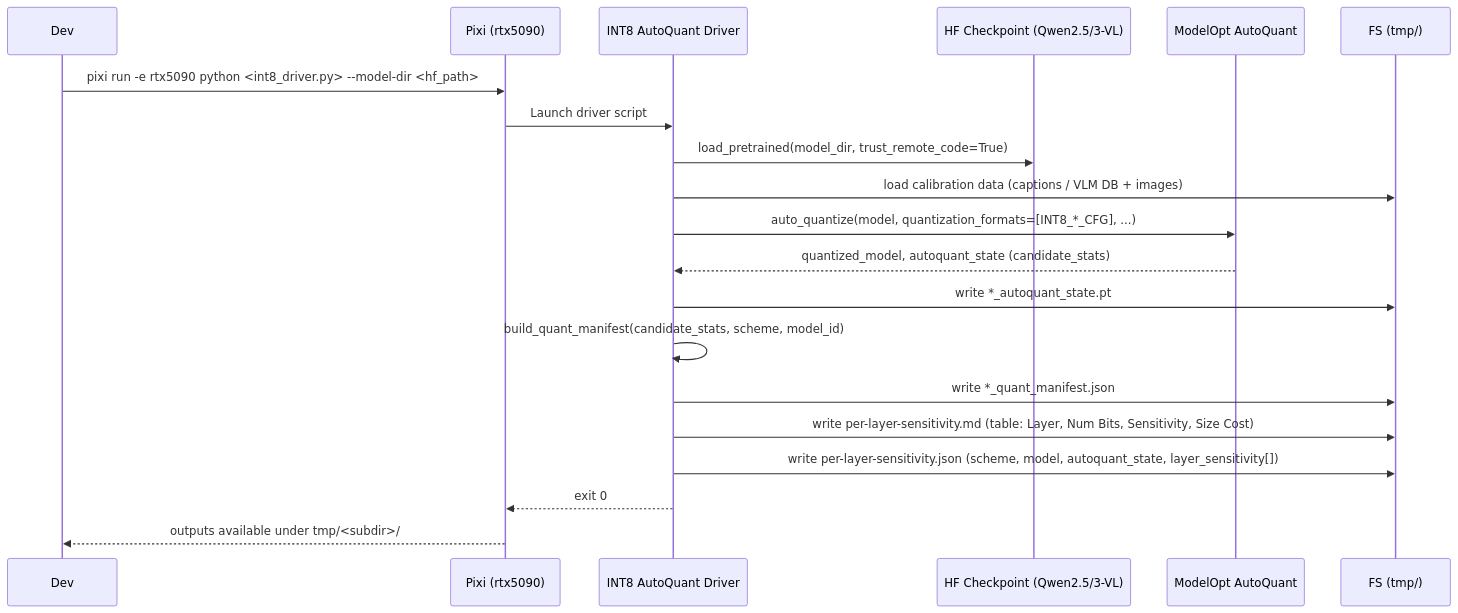
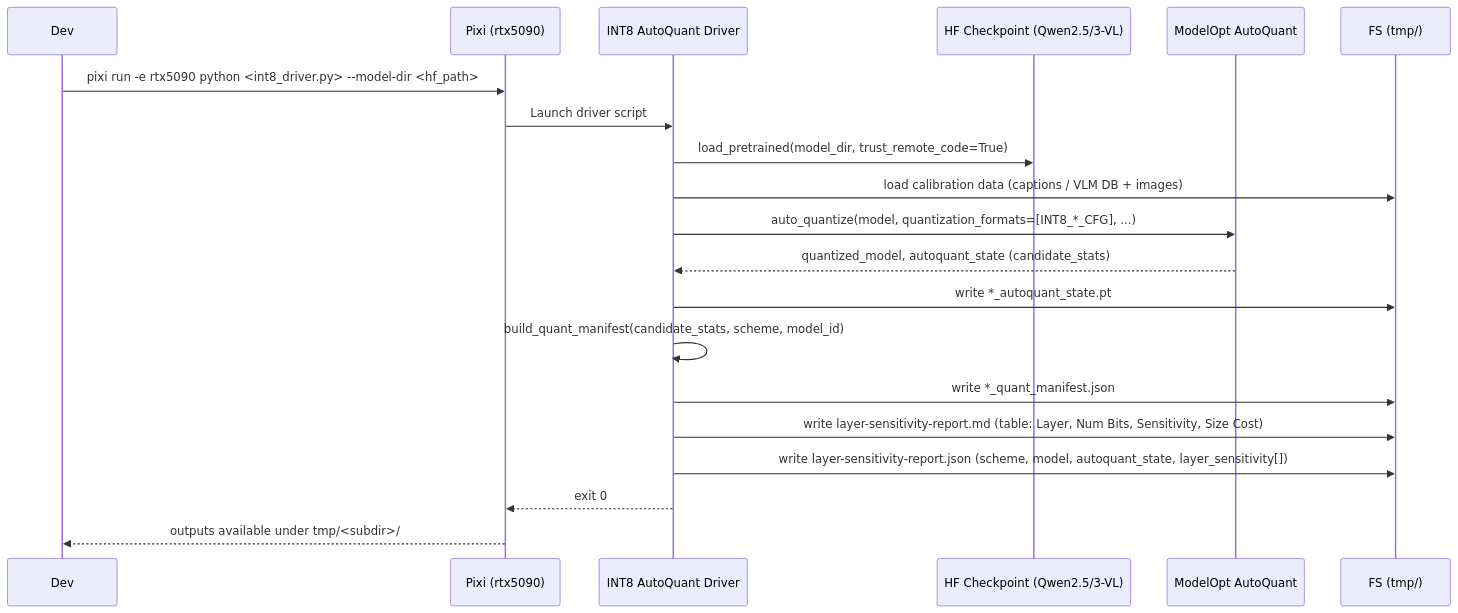
Before and after one commit to CodeGandee/auto-quantize-model: the diagram in context/plans/plan-int8-per-layer-sensitivity-qwen-vl.md, drawn with Mermaid. The commit also changed other lines of this file and 32 other files, not shown here.

````diff
--- a/context/plans/plan-int8-per-layer-sensitivity-qwen-vl.md
+++ b/context/plans/plan-int8-per-layer-sensitivity-qwen-vl.md
@@ -71,23 +71,23 @@
 ```mermaid
 sequenceDiagram
     participant Dev as Dev
     participant Pixi as Pixi (rtx5090)
     participant Driver as INT8 AutoQuant Driver
     participant HF as HF Checkpoint (Qwen2.5/3-VL)
     participant ModelOpt as ModelOpt AutoQuant
     participant FS as FS (tmp/)
 
     Dev->>Pixi: pixi run -e rtx5090 python <int8_driver.py> --model-dir <hf_path>
     Pixi->>Driver: Launch driver script
     Driver->>HF: load_pretrained(model_dir, trust_remote_code=True)
     Driver->>FS: load calibration data (captions / VLM DB + images)
     Driver->>ModelOpt: auto_quantize(model, quantization_formats=[INT8_*_CFG], ...)
     ModelOpt-->>Driver: quantized_model, autoquant_state (candidate_stats)
     Driver->>FS: write *_autoquant_state.pt
     Driver->>Driver: build_quant_manifest(candidate_stats, scheme, model_id)
     Driver->>FS: write *_quant_manifest.json
-    Driver->>FS: write per-layer-sensitivity.md (table: Layer, Num Bits, Sensitivity, Size Cost)
-    Driver->>FS: write per-layer-sensitivity.json (scheme, model, autoquant_state, layer_sensitivity[])
+    Driver->>FS: write layer-sensitivity-report.md (table: Layer, Num Bits, Sensitivity, Size Cost)
+    Driver->>FS: write layer-sensitivity-report.json (scheme, model, autoquant_state, layer_sensitivity[])
     Driver-->>Pixi: exit 0
     Pixi-->>Dev: outputs available under tmp/<subdir>/
 ```
````
